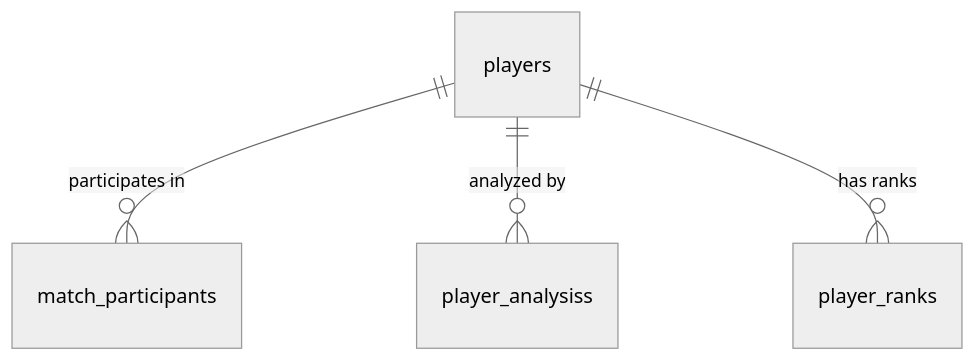
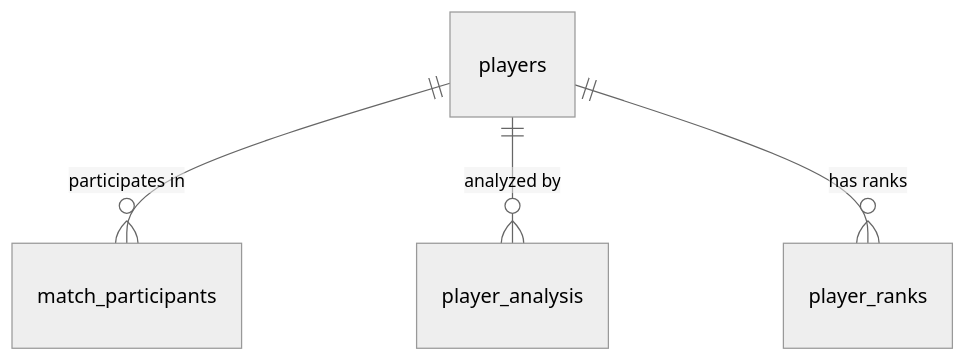
Before and after one commit to SlanyCukr/riot-api-project: the seventh of 12 diagrams in docs/docs/jobs.md, drawn with Mermaid (neutral theme). The commit also changed other lines of this file and 3 other files, not shown here.

First line of the commit message:
docs: fix typos in documentation - player_analysiss → player_analysis

````diff
--- a/docs/docs/jobs.md
+++ b/docs/docs/jobs.md
@@ -160,6 +160,6 @@
 ```mermaid
 erDiagram
     players ||--o{ match_participants : "participates in"
-    players ||--o{ player_analysiss : "analyzed by"
+    players ||--o{ player_analysis : "analyzed by"
     players ||--o{ player_ranks : "has ranks"
 ```
````
